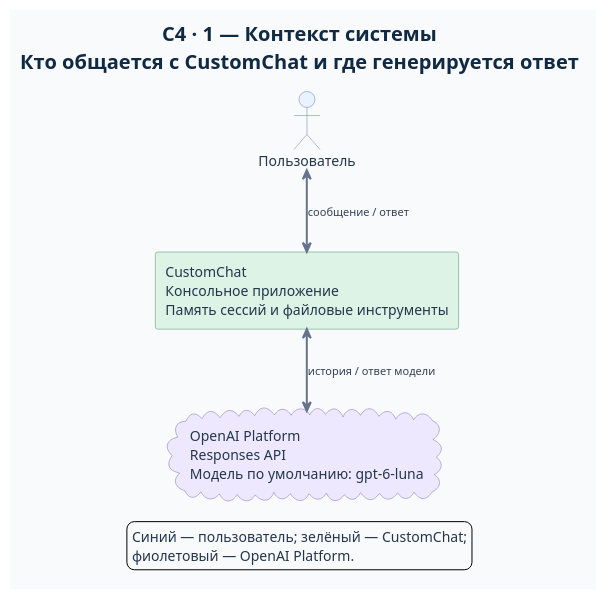
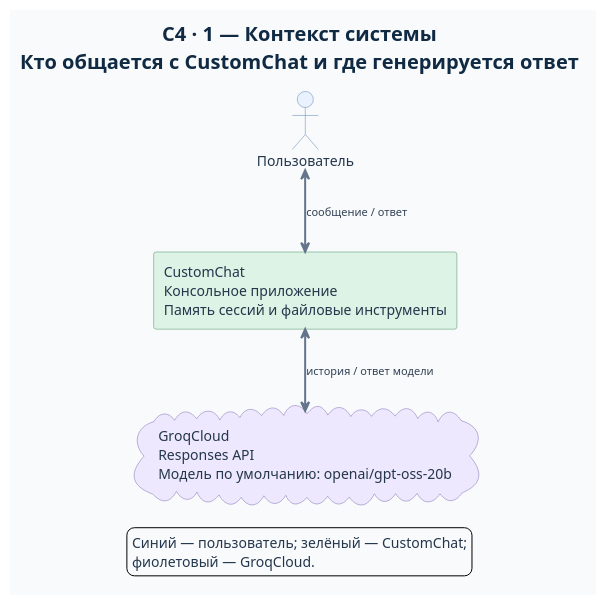
One commit to Dima163163/tg-bot changed the diagram in 03-codex-killer/docs/diagrams/c4-context.puml. Above: the diagram before and after it, drawn with PlantUML. The commit also changed 9 other files, not shown here.

Commit message:
fix: change openai from open model grok

```diff
--- a/03-codex-killer/docs/diagrams/c4-context.puml
+++ b/03-codex-killer/docs/diagrams/c4-context.puml
@@ -1,36 +1,36 @@
 @startuml
 title C4 · 1 — Контекст системы\nКто общается с CustomChat и где генерируется ответ
 top to bottom direction
 skinparam backgroundColor #F8FAFC
 skinparam shadowing false
 skinparam defaultFontName Arial
 skinparam defaultFontSize 14
 skinparam defaultFontColor #24364B
 skinparam titleFontSize 20
 skinparam titleFontStyle bold
 skinparam titleFontColor #102A43
 skinparam ArrowColor #64748B
 skinparam ArrowThickness 2
 skinparam ArrowFontColor #334155
 skinparam ArrowFontSize 11
 skinparam nodesep 75
 skinparam ranksep 65
 skinparam actorBackgroundColor #EAF2FF
 skinparam actorBorderColor #5B82B1
 skinparam rectangleBackgroundColor #DDF3E5
 skinparam rectangleBorderColor #4C8C67
 skinparam cloudBackgroundColor #EEE8FF
 skinparam cloudBorderColor #7B68AE
 
 actor "Пользователь" as user #EAF2FF
 rectangle "CustomChat\nКонсольное приложение\nПамять сессий и файловые инструменты" as app #DDF3E5
-cloud "OpenAI Platform\nResponses API\nМодель по умолчанию: gpt-6-luna" as openai #EEE8FF
+cloud "GroqCloud\nResponses API\nМодель по умолчанию: openai/gpt-oss-20b" as groq #EEE8FF
 
 user <--> app : сообщение / ответ
-app <--> openai : история / ответ модели
+app <--> groq : история / ответ модели
 
 legend bottom
   Синий — пользователь; зелёный — CustomChat;
-  фиолетовый — OpenAI Platform.
+  фиолетовый — GroqCloud.
 endlegend
 @enduml
```
